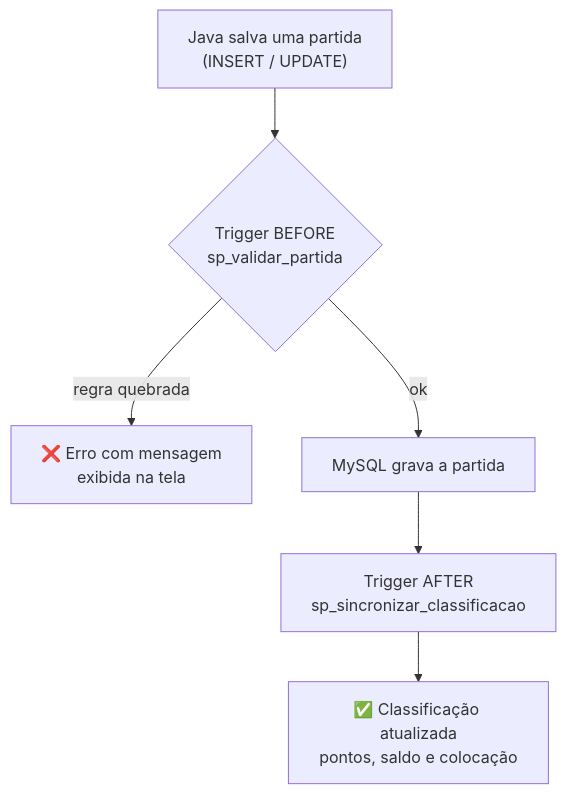
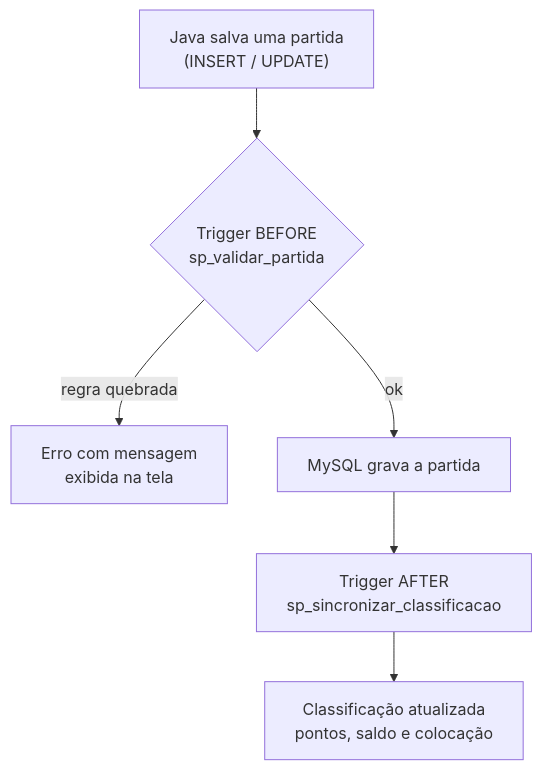
The third of 3 diagrams in README.md (Matheus-Souza-Silva/POO-Trabalho-Final), drawn with Mermaid before and after one commit. The commit also changed other lines of this file and 1 other file, not shown here.

````diff
--- a/README.md
+++ b/README.md
@@ -202,8 +202,8 @@
 ```mermaid
 flowchart TD
     A["Java salva uma partida<br/>(INSERT / UPDATE)"] --> B{"Trigger BEFORE<br/>sp_validar_partida"}
-    B -- "regra quebrada" --> X["❌ Erro com mensagem<br/>exibida na tela"]
+    B -- "regra quebrada" --> X["Erro com mensagem<br/>exibida na tela"]
     B -- "ok" --> C["MySQL grava a partida"]
     C --> D["Trigger AFTER<br/>sp_sincronizar_classificacao"]
-    D --> E["✅ Classificação atualizada<br/>pontos, saldo e colocação"]
+    D --> E["Classificação atualizada<br/>pontos, saldo e colocação"]
 ```
````
